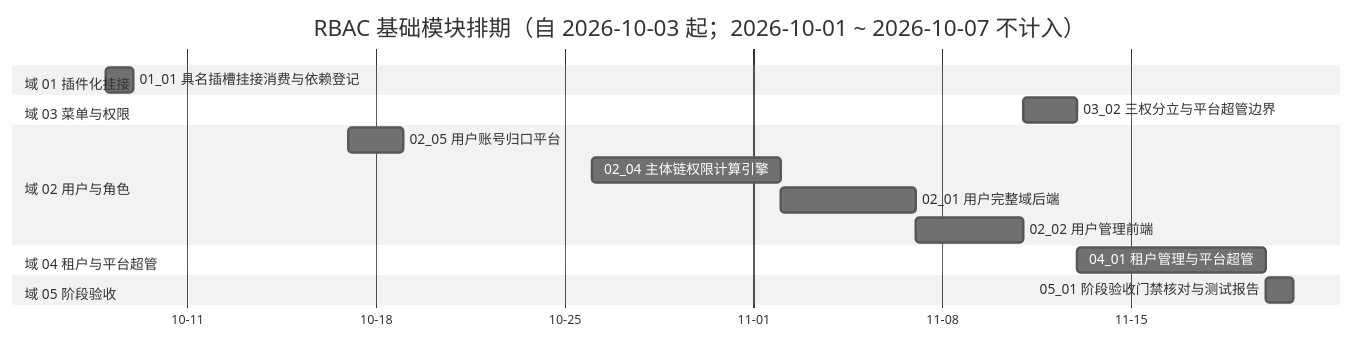
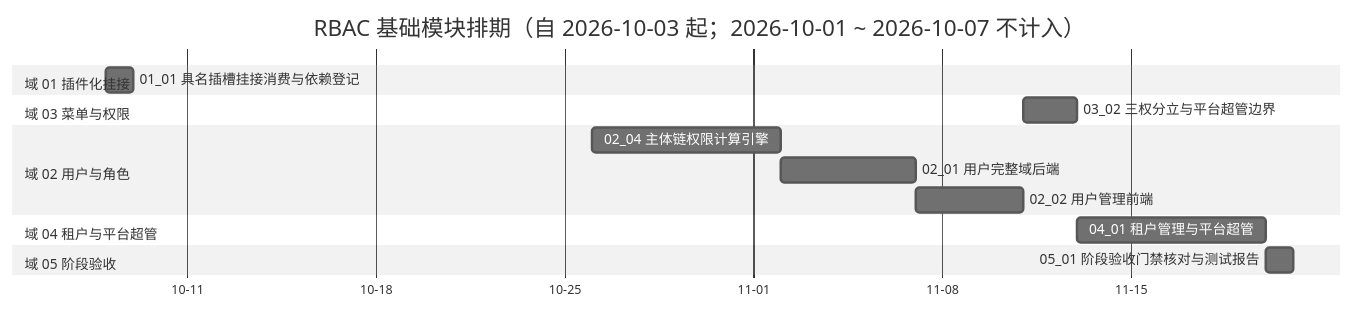
One commit to minjian123/basic-management-system changed the diagram in bms文档/项目/07_RBAC基础模块/计划/01_计划_RBAC基础模块.md. Above: the diagram before and after it, drawn with Mermaid (neutral theme). The commit also changed other lines of this file and 5 other files, not shown here.

````diff
--- a/bms文档/项目/07_RBAC基础模块/计划/01_计划_RBAC基础模块.md
+++ b/bms文档/项目/07_RBAC基础模块/计划/01_计划_RBAC基础模块.md
@@ -46,19 +48,18 @@
 ```mermaid
 gantt
     title RBAC 基础模块排期（自 2026-10-03 起；2026-10-01 ~ 2026-10-07 不计入）
     dateFormat  YYYY-MM-DD
     axisFormat %m-%d
     section 域 01 插件化挂接
     01_01 具名插槽挂接消费与依赖登记 :a0101, 2026-10-08, 1d
     section 域 03 菜单与权限
     03_02 三权分立与平台超管边界 :a0302, 2026-11-11, 2d
     section 域 02 用户与角色
-    02_05 用户账号归口平台 :a0205, 2026-10-17, 2d
     02_04 主体链权限计算引擎 :a0204, 2026-10-26, 7d
     02_01 用户完整域后端 :a0201, 2026-11-02, 5d
     02_02 用户管理前端 :a0202, 2026-11-07, 4d
     section 域 04 租户与平台超管
     04_01 租户管理与平台超管 :a0401, 2026-11-13, 7d
     section 域 05 阶段验收
     05_01 阶段验收门禁核对与测试报告 :a0501, 2026-11-20, 1d
 ```
````
